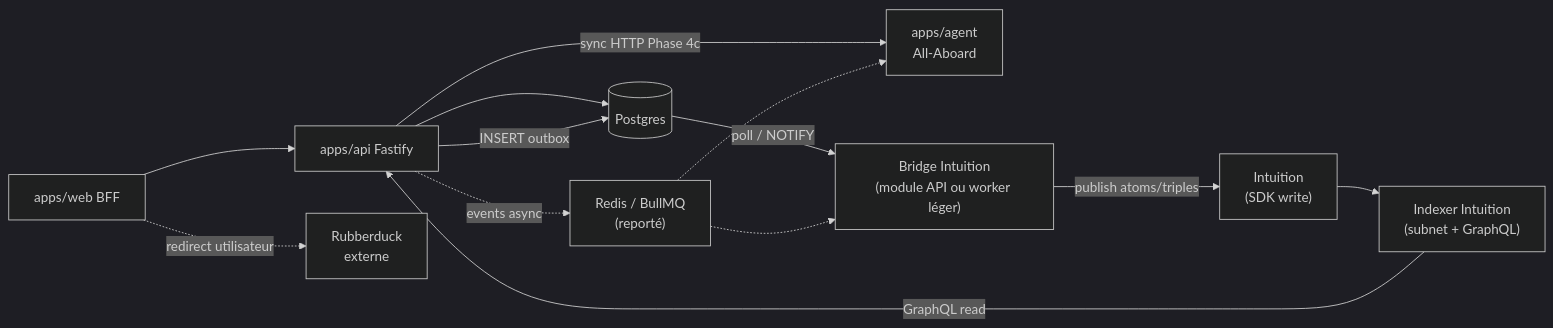
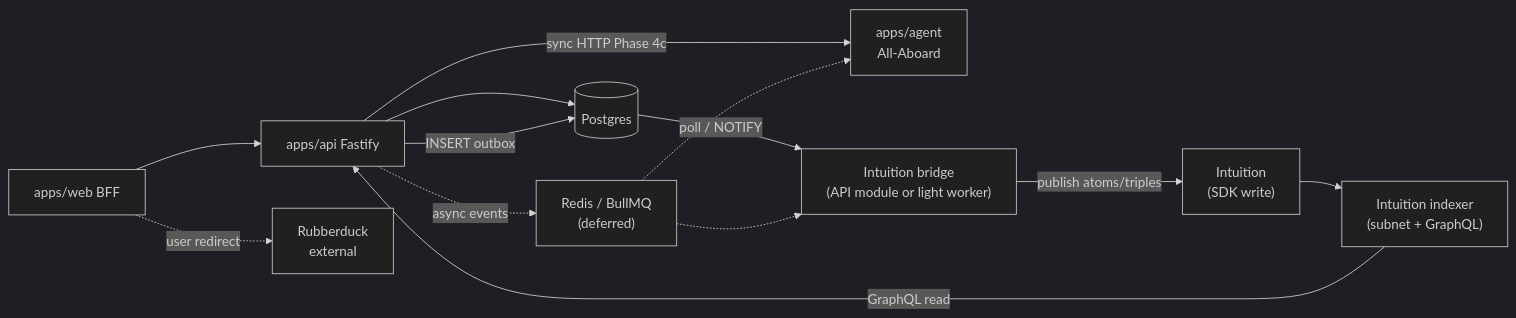
The diagram in Docs/adr/0004-agent-indexer-architecture.md (AllAboard-THP/All-Aboard), drawn with Mermaid (dark theme) before and after one commit. The commit also changed other lines of this file and 84 other files, not shown here.

````diff
--- a/Docs/adr/0004-agent-indexer-architecture.md
+++ b/Docs/adr/0004-agent-indexer-architecture.md
@@ -94,25 +94,25 @@
 ```mermaid
 flowchart LR
   Web["apps/web BFF"]
   API["apps/api Fastify"]
   Agent["apps/agent<br/>All-Aboard"]
-  RD["Rubberduck<br/>externe"]
-  Bridge["Bridge Intuition<br/>(module API ou worker léger)"]
+  RD["Rubberduck<br/>external"]
+  Bridge["Intuition bridge<br/>(API module or light worker)"]
   PG[("Postgres")]
   Intuition["Intuition<br/>(SDK write)"]
-  Idx["Indexer Intuition<br/>(subnet + GraphQL)"]
-  Q["Redis / BullMQ<br/>(reporté)"]
+  Idx["Intuition indexer<br/>(subnet + GraphQL)"]
+  Q["Redis / BullMQ<br/>(deferred)"]
 
   Web --> API
-  Web -.->|"redirect utilisateur"| RD
+  Web -.->|"user redirect"| RD
   API --> PG
   API -->|"sync HTTP Phase 4c"| Agent
   API -->|"INSERT outbox"| PG
   PG -->|"poll / NOTIFY"| Bridge
   Bridge -->|"publish atoms/triples"| Intuition
   Intuition --> Idx
   Idx -->|"GraphQL read"| API
-  API -.->|"events async"| Q
+  API -.->|"async events"| Q
   Q -.-> Bridge
   Q -.-> Agent
 ```
````
